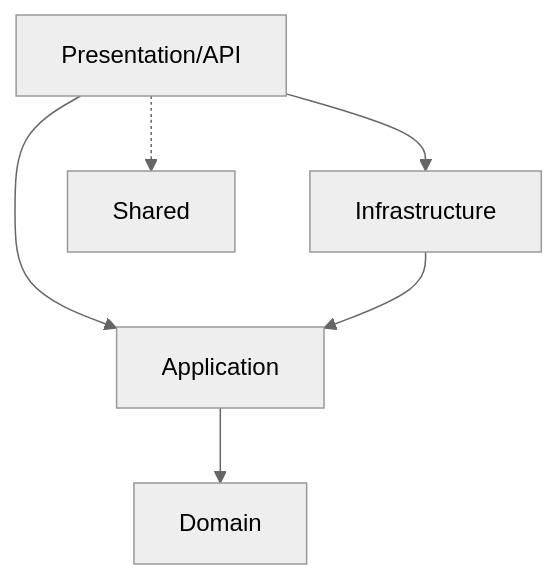
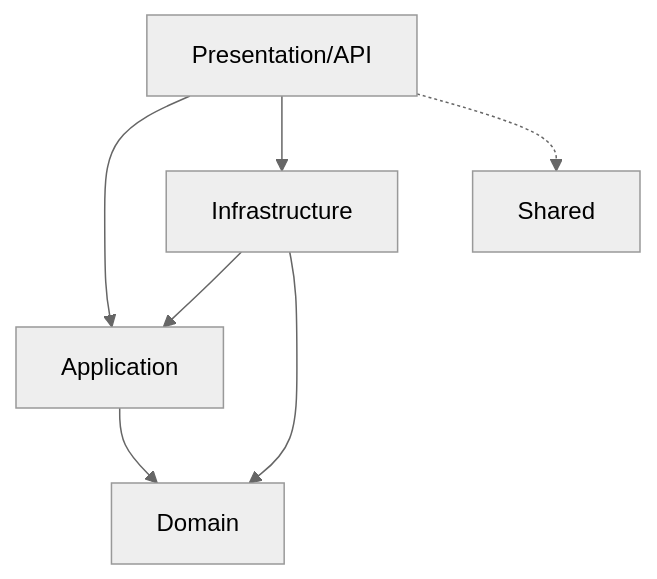
The diagram in plugins/dotnet-clean-arch/rules/solution-structure.md (JoseMD12/testing-tessl), drawn with Mermaid (neutral theme) before and after one commit.

Commit message:
doc: add direct infra to domain dependency arrow in mermaid diagram

````diff
--- a/plugins/dotnet-clean-arch/rules/solution-structure.md
+++ b/plugins/dotnet-clean-arch/rules/solution-structure.md
@@ -37,9 +37,10 @@
 ```mermaid
 graph TD
     API[Presentation/API] --> Application[Application]
     API --> Infra[Infrastructure]
     Infra --> Application
-    Application --> Domain[Domain]
+    Infra --> Domain[Domain]
+    Application --> Domain
     
     API[Presentation/API] -.-> Shared[Shared]
 ```
````
